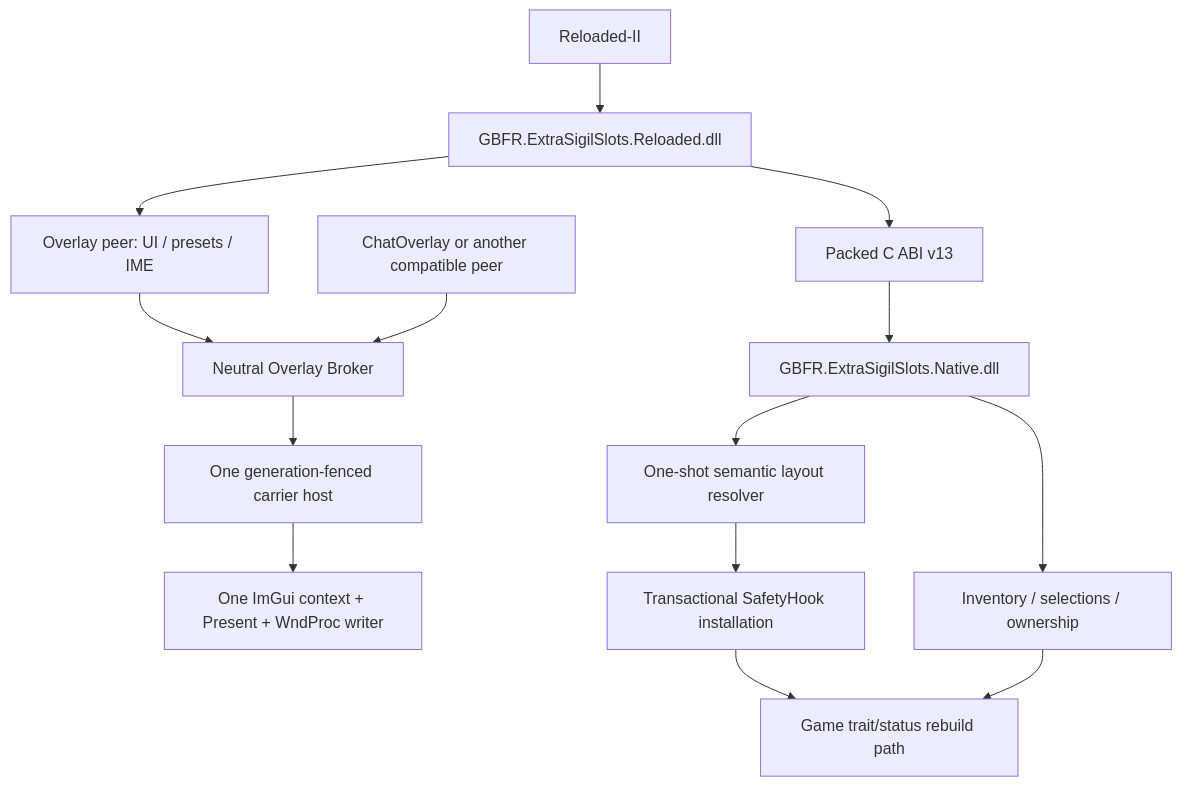
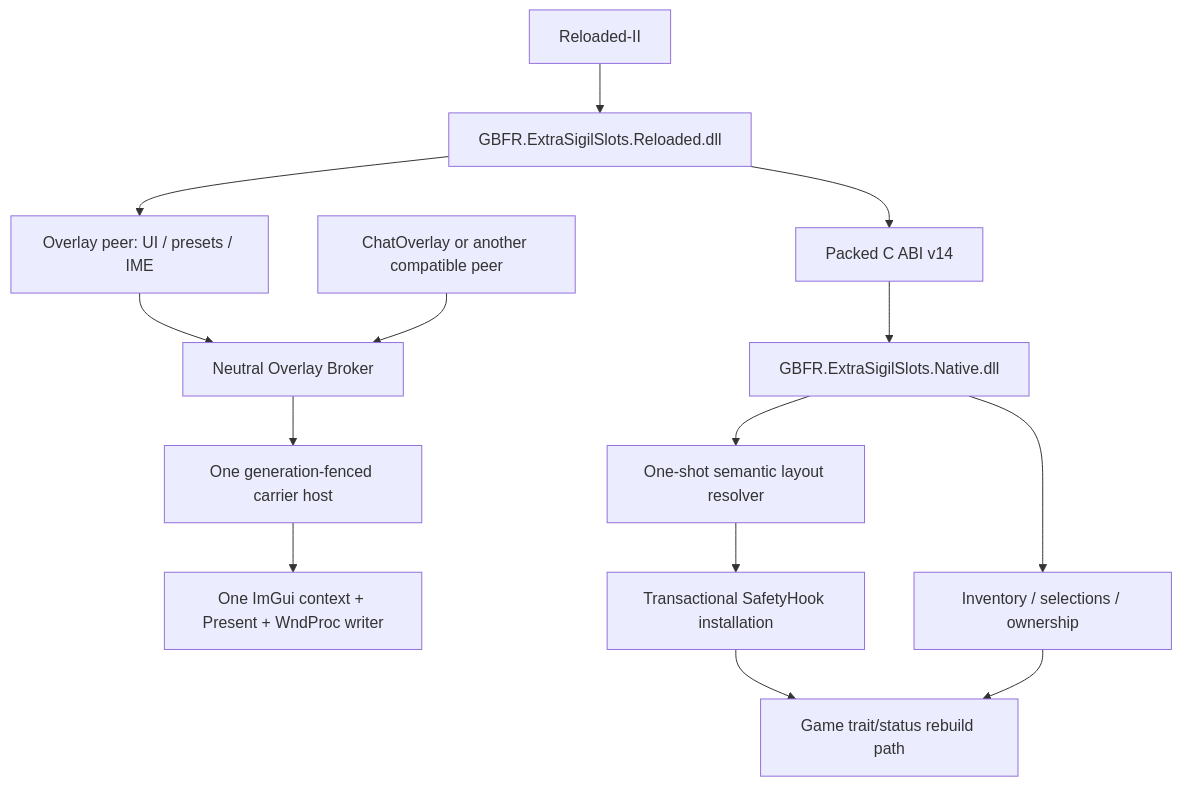
One commit to baagod/GBFR-Pre-Equipped-Sigils changed the first of 3 diagrams in docs/GBFR-Extra-Sigil-Slots-technical-handoff.zh-CN.md. Above: the diagram before and after it, drawn with Mermaid. The commit also changed other lines of this file and 13 other files, not shown here.

````diff
--- a/docs/GBFR-Extra-Sigil-Slots-technical-handoff.zh-CN.md
+++ b/docs/GBFR-Extra-Sigil-Slots-technical-handoff.zh-CN.md
@@ -59,18 +60,18 @@
 ```mermaid
 flowchart TD
     R["Reloaded-II"] --> M["GBFR.ExtraSigilSlots.Reloaded.dll"]
-    M --> A["Packed C ABI v13"]
+    M --> A["Packed C ABI v14"]
     A --> N["GBFR.ExtraSigilSlots.Native.dll"]
 
     M --> P["Overlay peer: UI / presets / IME"]
     P --> B["Neutral Overlay Broker"]
     C["ChatOverlay or another compatible peer"] --> B
     B --> H["One generation-fenced carrier host"]
     H --> I["One ImGui context + Present + WndProc writer"]
 
     N --> L["One-shot semantic layout resolver"]
     L --> K["Transactional SafetyHook installation"]
     K --> G["Game trait/status rebuild path"]
     N --> S["Inventory / selections / ownership"]
     S --> G
 ```
````
